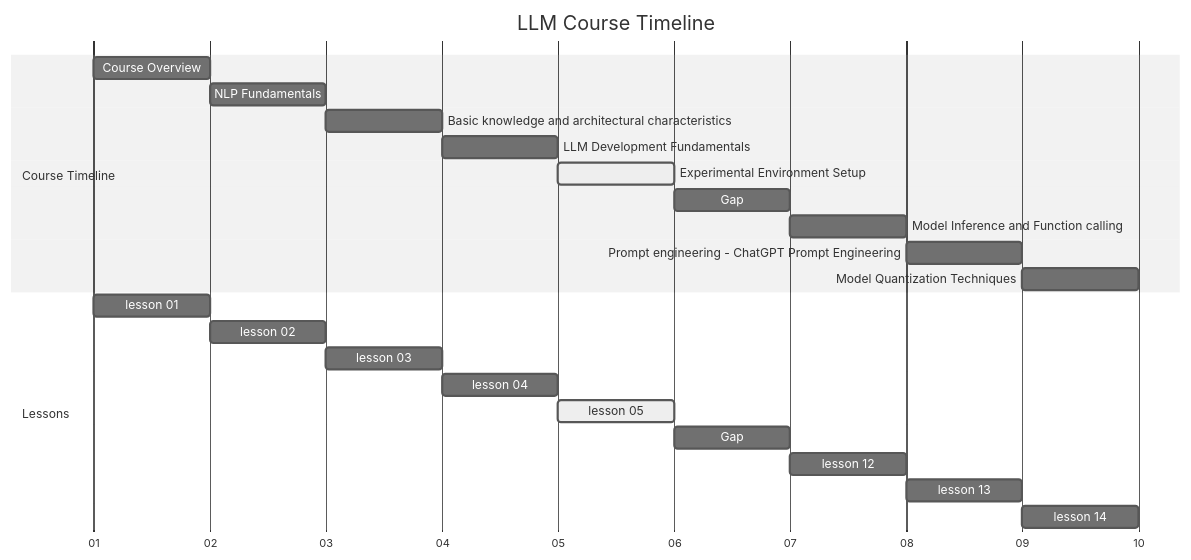
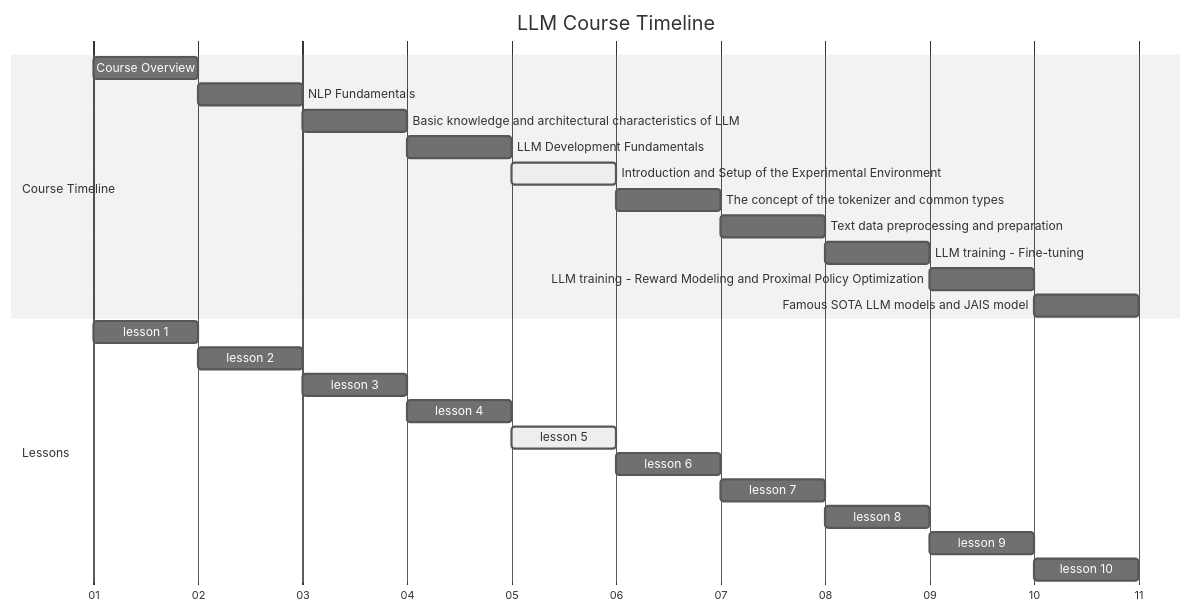
The first of 2 diagrams in notebooks/md/lesson_05_Introduction_and_Setup_of_the_Experimental_Environment.md (chenxingqiang/llm-course-chen), drawn with Mermaid (neutral theme) before and after one commit. The commit also changed other lines of this file and 12 other files, not shown here.

````diff
--- a/notebooks/md/lesson_05_Introduction_and_Setup_of_the_Experimental_Environment.md
+++ b/notebooks/md/lesson_05_Introduction_and_Setup_of_the_Experimental_Environment.md
@@ -3,26 +3,28 @@
 ```mermaid
 gantt
     title LLM Course Timeline
     dateFormat X
     axisFormat %d
     section Course Timeline
-    Course Overview                                     :a1, 0, 1d
-    NLP Fundamentals                                    :a2, after a1, 1d
-    Basic knowledge and architectural characteristics   :a3, after a2, 1d
-    LLM Development Fundamentals                        :a4, after a3, 1d
-    Experimental Environment Setup                      :active,a5, after a4, 1d
-    Gap                                                 :a6, after a5, 1d
-    Model Inference and Function calling                :a12, after a6, 1d
-    Prompt engineering - ChatGPT Prompt Engineering     :a13, after a12, 1d
-    Model Quantization Techniques                       :a14, after a13, 1d
+    Course Overview                                    :a1, 0, 1d
+    NLP Fundamentals                                   :a2, after a1, 1d
+    Basic knowledge and architectural characteristics of LLM :a3, after a2, 1d
+    LLM Development Fundamentals                       :a4, after a3, 1d
+    Introduction and Setup of the Experimental Environment :active,a5, after a4, 1d
+    The concept of the tokenizer and common types      :a6, after a5, 1d
+    Text data preprocessing and preparation            :a7, after a6, 1d
+    LLM training - Fine-tuning                         :a8, after a7, 1d
+    LLM training - Reward Modeling and Proximal Policy Optimization :a9, after a8, 1d
+    Famous SOTA LLM models and JAIS model              :a10, after a9, 1d
     section Lessons
-    lesson 01 :l1, 0, 1d
-    lesson 02 :l2, after l1, 1d
-    lesson 03 :l3, after l2, 1d
-    lesson 04 :l4, after l3, 1d
-    lesson 05 :active,l5, after l4, 1d
-    Gap       :l6, after l5, 1d
-    lesson 12 :l12, after l6, 1d
-    lesson 13 :l13, after l12, 1d
-    lesson 14 :l14, after l13, 1d
+    lesson 1  :l1, 0, 1d
+    lesson 2  :l2, after l1, 1d
+    lesson 3  :l3, after l2, 1d
+    lesson 4  :l4, after l3, 1d
+    lesson 5  :active,l5, after l4, 1d
+    lesson 6  :l6, after l5, 1d
+    lesson 7  :l7, after l6, 1d
+    lesson 8  :l8, after l7, 1d
+    lesson 9  :l9, after l8, 1d
+    lesson 10 :l10, after l9, 1d
 ```
````
